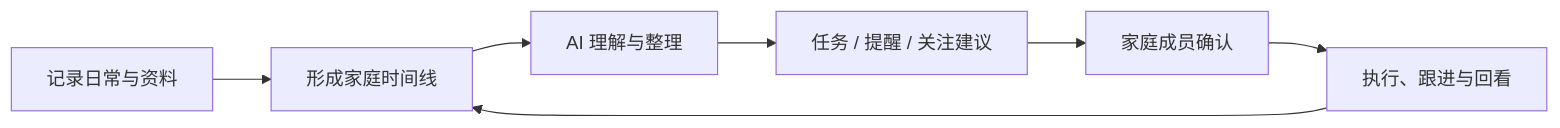
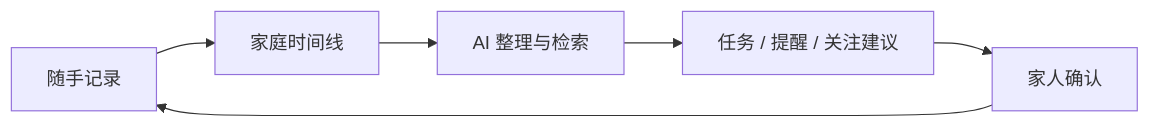
The first of 2 diagrams in README.md (sujianleo/Family), drawn with Mermaid before and after one commit. The commit also changed other lines of this file and 5 other files, not shown here.

````diff
--- a/README.md
+++ b/README.md
@@ -55,9 +45,5 @@
 ```mermaid
 flowchart LR
-    RECORD["记录日常与资料"] --> TIME["形成家庭时间线"]
-    TIME --> UNDERSTAND["AI 理解与整理"]
-    UNDERSTAND --> SUGGEST["任务 / 提醒 / 关注建议"]
-    SUGGEST --> CONFIRM["家庭成员确认"]
-    CONFIRM --> FOLLOW["执行、跟进与回看"]
-    FOLLOW --> TIME
+    A["随手记录"] --> B["家庭时间线"] --> C["AI 整理与检索"]
+    C --> D["任务 / 提醒 / 关注建议"] --> E["家人确认"] --> A
 ```
````
